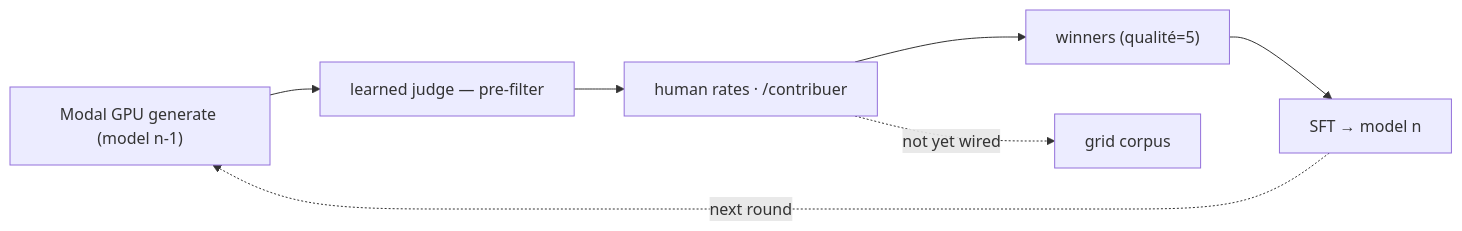
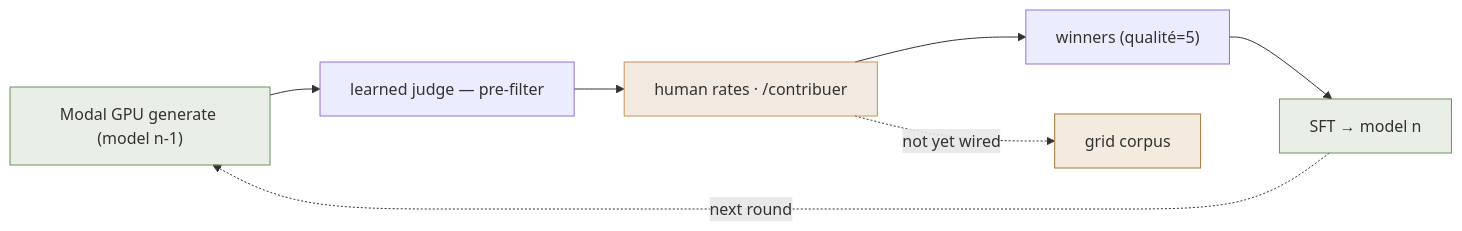
One commit to Ishou/wordsparrow changed the fifth of 5 diagrams in README.md. Above: the diagram before and after it, drawn with Mermaid. The commit also changed other lines of this file and 1 other file, not shown here.

Commit message:
chore(infra-diagrams): regenerate styled README diagrams

````diff
--- a/README.md
+++ b/README.md
@@ -258,15 +281,21 @@
 ```mermaid
 flowchart LR
   gen["Modal GPU generate (model n-1)"]
   judge["learned judge — pre-filter"]
   human["human rates · /contribuer"]
   winners["winners (qualité=5)"]
   sft["SFT → model n"]
   grid["grid corpus"]
   gen --> judge
   judge --> human
   human --> winners
   winners --> sft
   sft -. next round .-> gen
   human -. not yet wired .-> grid
+  classDef context fill:#6a935826,stroke:#6a9358;
+  classDef data fill:#c8945633,stroke:#a87538;
+  classDef messaging fill:#a8753826,stroke:#c89456;
+  class gen,sft context;
+  class grid data;
+  class human messaging;
 ```
````
